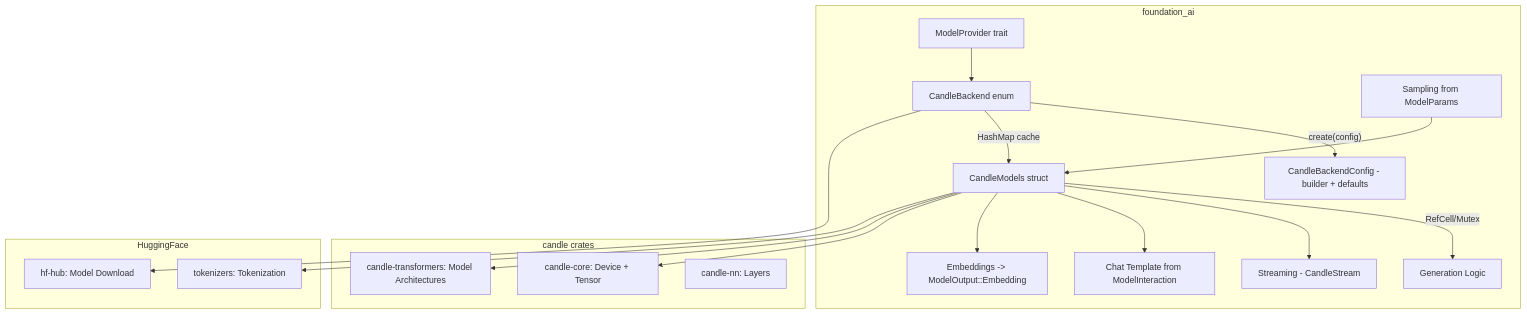
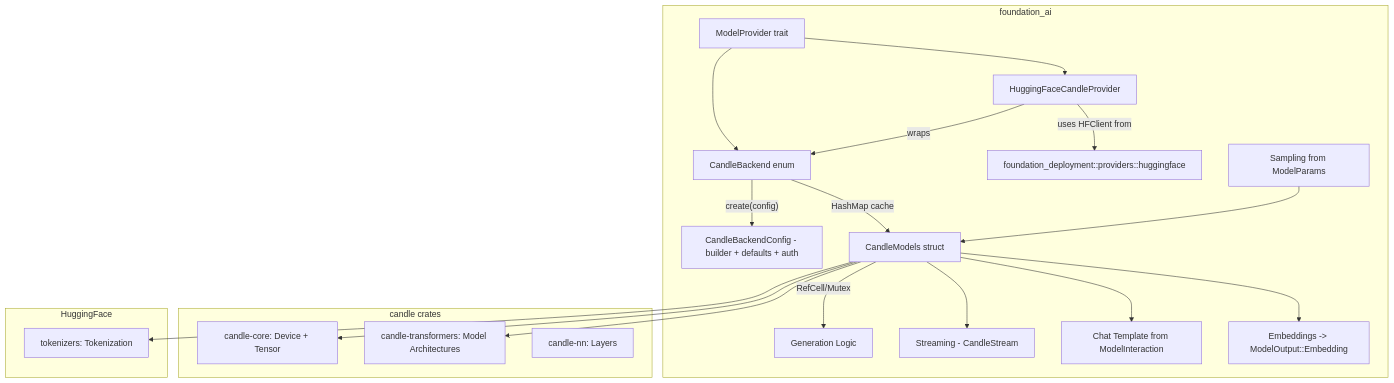
One commit to ewe-studios/ewe_platform changed the first of 3 diagrams in specifications/07-foundation-ai/features/03-candle-integration/feature.md. Above: the diagram before and after it, drawn with Mermaid. The commit also changed other lines of this file and 50 other files, not shown here.

````diff
--- a/specifications/07-foundation-ai/features/03-candle-integration/feature.md
+++ b/specifications/07-foundation-ai/features/03-candle-integration/feature.md
@@ -139,29 +186,30 @@
 ```mermaid
 graph TD
     subgraph foundation_ai
         A[ModelProvider trait] --> B[CandleBackend enum]
-        B --> |"create(config)"| B2[CandleBackendConfig - builder + defaults]
-        B --> |"HashMap cache"| C[CandleModels struct]
-        C --> |"RefCell/Mutex"| D[Generation Logic]
-        C --> E[Streaming - CandleStream]
-        C --> F[Chat Template from ModelInteraction]
-        C --> G[Embeddings -> ModelOutput::Embedding]
-        H[Sampling from ModelParams] --> C
+        A --> C[HuggingFaceCandleProvider]
+        B --> |"create(config)"| B2[CandleBackendConfig - builder + defaults + auth]
+        C --> |"wraps"| B
+        C --> |"uses HFClient from"| D[foundation_deployment::providers::huggingface]
+        B --> |"HashMap cache"| E[CandleModels struct]
+        E --> |"RefCell/Mutex"| F[Generation Logic]
+        E --> G[Streaming - CandleStream]
+        E --> H[Chat Template from ModelInteraction]
+        E --> I[Embeddings -> ModelOutput::Embedding]
+        J[Sampling from ModelParams] --> E
     end
 
     subgraph Candle["candle crates"]
-        I[candle-core: Device + Tensor]
-        J[candle-transformers: Model Architectures]
-        K[candle-nn: Layers]
+        K[candle-core: Device + Tensor]
+        L[candle-transformers: Model Architectures]
+        M[candle-nn: Layers]
     end
 
     subgraph HuggingFace
-        L[tokenizers: Tokenization]
-        M[hf-hub: Model Download]
+        N[tokenizers: Tokenization]
     end
 
-    C --> I
-    C --> J
-    C --> L
-    B --> M
+    E --> K
+    E --> L
+    E --> N
 ```
````
